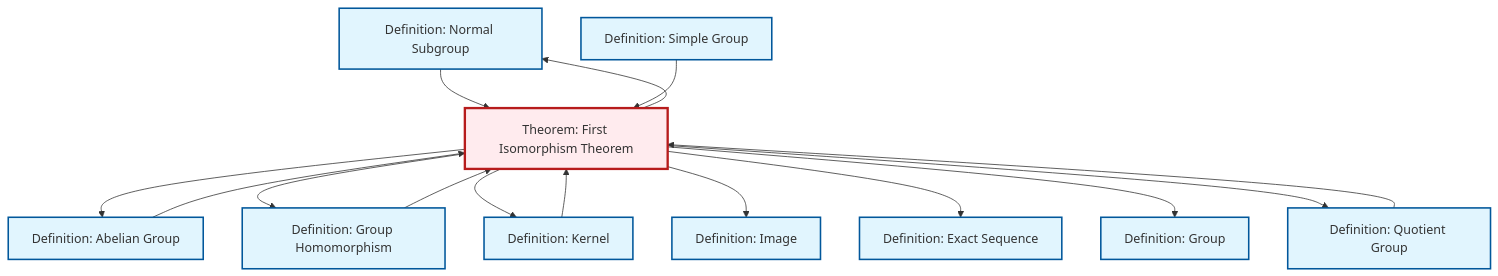
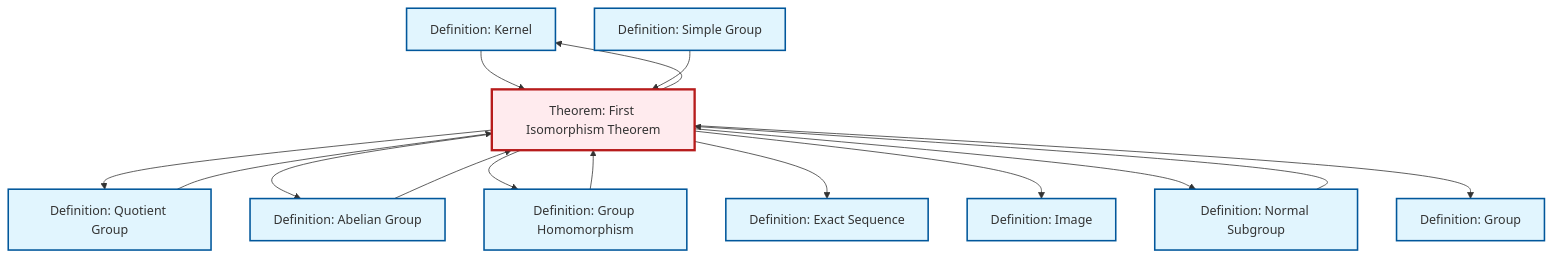
The diagram in content/en/algebra/thm-first-isomorphism.qmd (RK0429/ModernMath), drawn with Mermaid before and after one commit. The commit also changed other lines of this file and 1012 other files, not shown here.

````diff
--- a/content/en/algebra/thm-first-isomorphism.qmd
+++ b/content/en/algebra/thm-first-isomorphism.qmd
@@ -109,43 +109,43 @@
 ```{mermaid}
 %%| fig-cap: "Local dependency graph"
 graph TD
     classDef definition fill:#e1f5fe,stroke:#01579b,stroke-width:2px
     classDef theorem fill:#f3e5f5,stroke:#4a148c,stroke-width:2px
     classDef axiom fill:#fff3e0,stroke:#e65100,stroke-width:2px
     classDef example fill:#e8f5e9,stroke:#1b5e20,stroke-width:2px
     classDef current fill:#ffebee,stroke:#b71c1c,stroke-width:3px
+    def-kernel["Definition: Kernel"]:::definition
+    def-simple-group["Definition: Simple Group"]:::definition
     def-image["Definition: Image"]:::definition
+    def-quotient-group["Definition: Quotient Group"]:::definition
+    def-abelian-group["Definition: Abelian Group"]:::definition
     def-normal-subgroup["Definition: Normal Subgroup"]:::definition
+    def-homomorphism["Definition: Group Homomorphism"]:::definition
     def-exact-sequence["Definition: Exact Sequence"]:::definition
     thm-first-isomorphism["Theorem: First Isomorphism Theorem"]:::theorem
-    def-quotient-group["Definition: Quotient Group"]:::definition
-    def-abelian-group["Definition: Abelian Group"]:::definition
-    def-homomorphism["Definition: Group Homomorphism"]:::definition
-    def-simple-group["Definition: Simple Group"]:::definition
-    def-kernel["Definition: Kernel"]:::definition
     def-group["Definition: Group"]:::definition
+    def-homomorphism --> thm-first-isomorphism
+    thm-first-isomorphism --> def-quotient-group
     thm-first-isomorphism --> def-abelian-group
+    thm-first-isomorphism --> def-kernel
+    def-normal-subgroup --> thm-first-isomorphism
     thm-first-isomorphism --> def-homomorphism
-    def-normal-subgroup --> thm-first-isomorphism
+    def-kernel --> thm-first-isomorphism
+    thm-first-isomorphism --> def-exact-sequence
+    thm-first-isomorphism --> def-image
+    thm-first-isomorphism --> def-normal-subgroup
+    thm-first-isomorphism --> def-group
+    def-abelian-group --> thm-first-isomorphism
     def-simple-group --> thm-first-isomorphism
-    thm-first-isomorphism --> def-kernel
     def-quotient-group --> thm-first-isomorphism
-    thm-first-isomorphism --> def-image
-    thm-first-isomorphism --> def-exact-sequence
-    def-kernel --> thm-first-isomorphism
-    def-abelian-group --> thm-first-isomorphism
-    def-homomorphism --> thm-first-isomorphism
-    thm-first-isomorphism --> def-group
-    thm-first-isomorphism --> def-normal-subgroup
-    thm-first-isomorphism --> def-quotient-group
     class thm-first-isomorphism current
+    click def-kernel "def-kernel.html" "Go to Kernel definition"
+    click def-simple-group "def-simple-group.html" "Go to Simple Group definition"
     click def-image "def-image.html" "Go to Image definition"
-    click def-normal-subgroup "def-normal-subgroup.html" "Go to Normal Subgroup definition"
-    click def-exact-sequence "def-exact-sequence.html" "Go to Exact Sequence definition"
     click def-quotient-group "def-quotient-group.html" "Go to Quotient Group definition"
     click def-abelian-group "def-abelian-group.html" "Go to Abelian Group definition"
+    click def-normal-subgroup "def-normal-subgroup.html" "Go to Normal Subgroup definition"
     click def-homomorphism "def-homomorphism.html" "Go to Group Homomorphism definition"
-    click def-simple-group "def-simple-group.html" "Go to Simple Group definition"
-    click def-kernel "def-kernel.html" "Go to Kernel definition"
+    click def-exact-sequence "def-exact-sequence.html" "Go to Exact Sequence definition"
     click def-group "def-group.html" "Go to Group definition"
 ```
````
